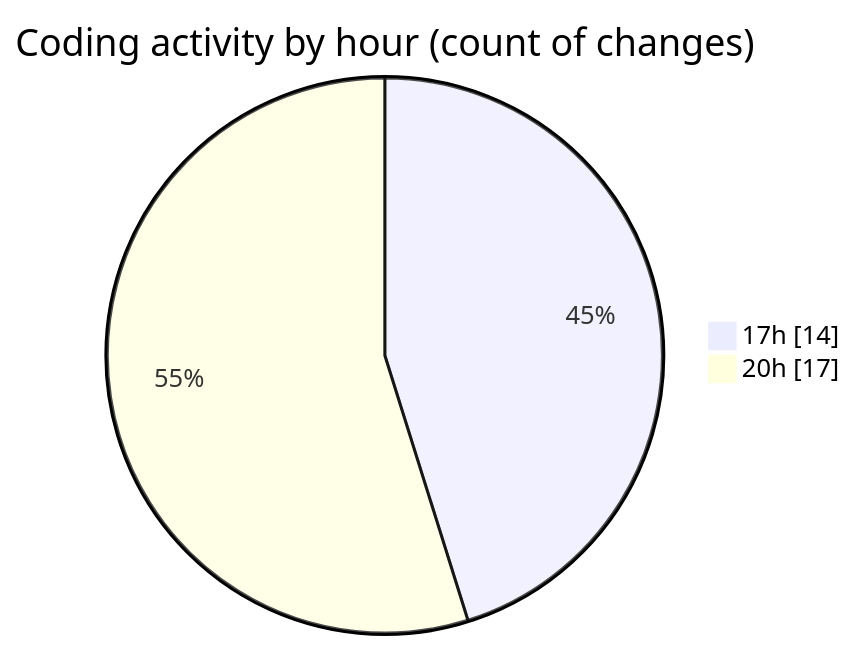
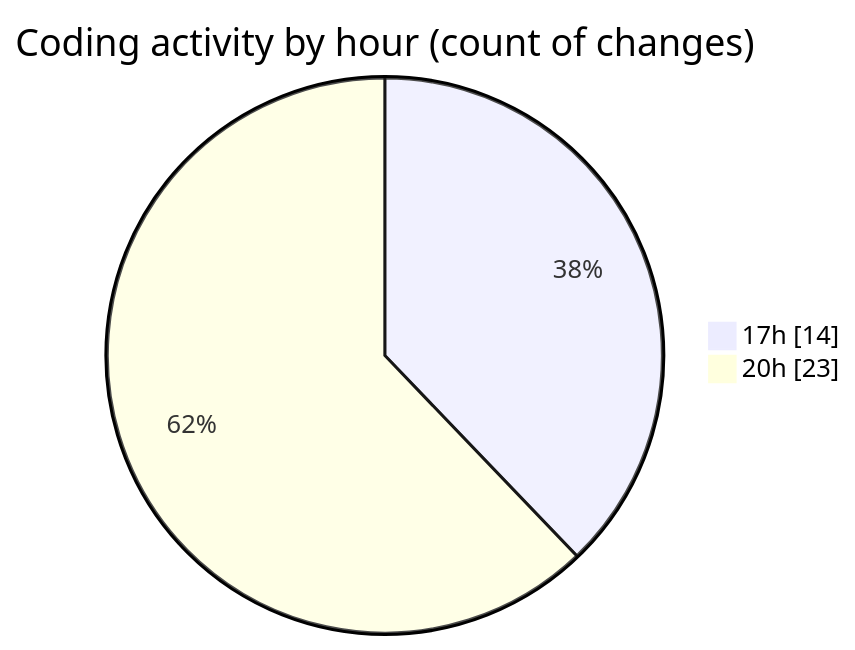
Before and after one commit to charlie-sans/code-tracking: the second of 2 diagrams in 2025-03-11/jmasm/README.md, drawn with Mermaid. The commit also changed other lines of this file and 1 other file, not shown here.

````diff
--- a/2025-03-11/jmasm/README.md
+++ b/2025-03-11/jmasm/README.md
@@ -35,6 +37,6 @@
 ```mermaid
 pie showData
 title Coding activity by hour (count of changes)
 "17h" : 14
-"20h" : 17
+"20h" : 23
 ```
````
